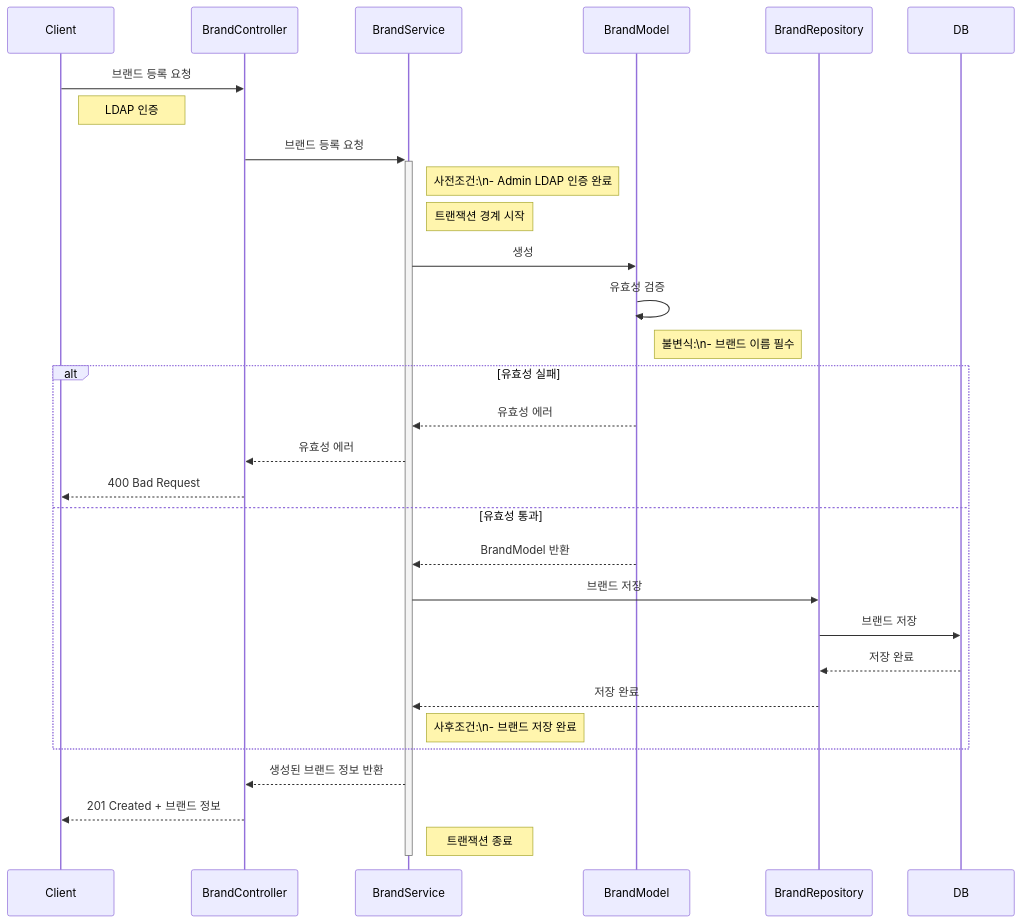
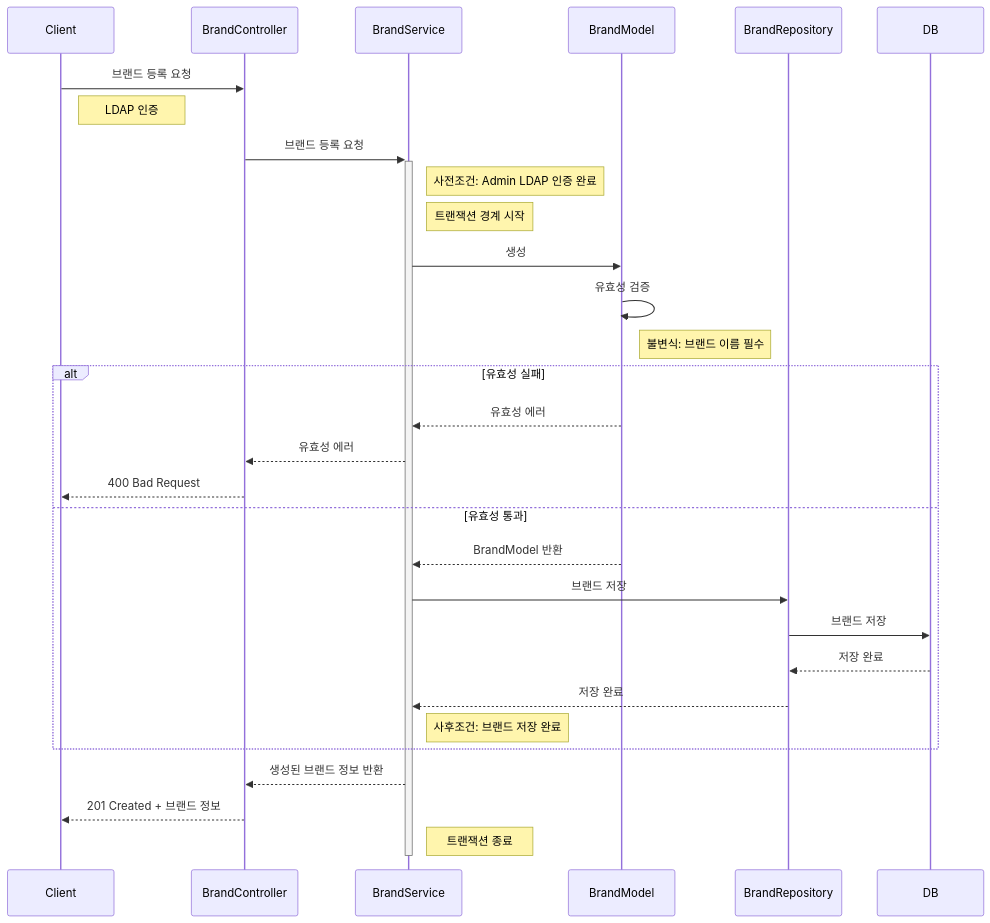
One commit to Loopers-dev-lab/loop-pack-be-l2-vol3-kotlin changed the fourth of 22 diagrams in docs/design/02-sequence-diagrams.md. Above: the diagram before and after it, drawn with Mermaid. The commit also changed other lines of this file, not shown here.

Commit message:
docs(design): 시퀀스 다이어그램 줄바꿈 제거

````diff
--- a/docs/design/02-sequence-diagrams.md
+++ b/docs/design/02-sequence-diagrams.md
@@ -108,40 +108,40 @@
 ```mermaid
 sequenceDiagram
     participant Client
     participant BrandController
     participant BrandService
     participant BrandModel
     participant BrandRepository
     participant DB
 
     Client->>BrandController: 브랜드 등록 요청
     Note right of Client: LDAP 인증
     BrandController->>+BrandService: 브랜드 등록 요청
 
-    Note right of BrandService: 사전조건:\n- Admin LDAP 인증 완료
+    Note right of BrandService: 사전조건: Admin LDAP 인증 완료
     Note right of BrandService: 트랜잭션 경계 시작
 
     BrandService->>BrandModel: 생성
     BrandModel->>BrandModel: 유효성 검증
-    Note right of BrandModel: 불변식:\n- 브랜드 이름 필수
+    Note right of BrandModel: 불변식: 브랜드 이름 필수
 
     alt 유효성 실패
         BrandModel-->>BrandService: 유효성 에러
         BrandService-->>BrandController: 유효성 에러
         BrandController-->>Client: 400 Bad Request
     else 유효성 통과
         BrandModel-->>BrandService: BrandModel 반환
         BrandService->>BrandRepository: 브랜드 저장
         BrandRepository->>DB: 브랜드 저장
         DB-->>BrandRepository: 저장 완료
         BrandRepository-->>BrandService: 저장 완료
 
-        Note right of BrandService: 사후조건:\n- 브랜드 저장 완료
+        Note right of BrandService: 사후조건: 브랜드 저장 완료
     end
 
     BrandService-->>BrandController: 생성된 브랜드 정보 반환
     BrandController-->>Client: 201 Created + 브랜드 정보
 
     Note right of BrandService: 트랜잭션 종료
     deactivate BrandService
 ```
````
